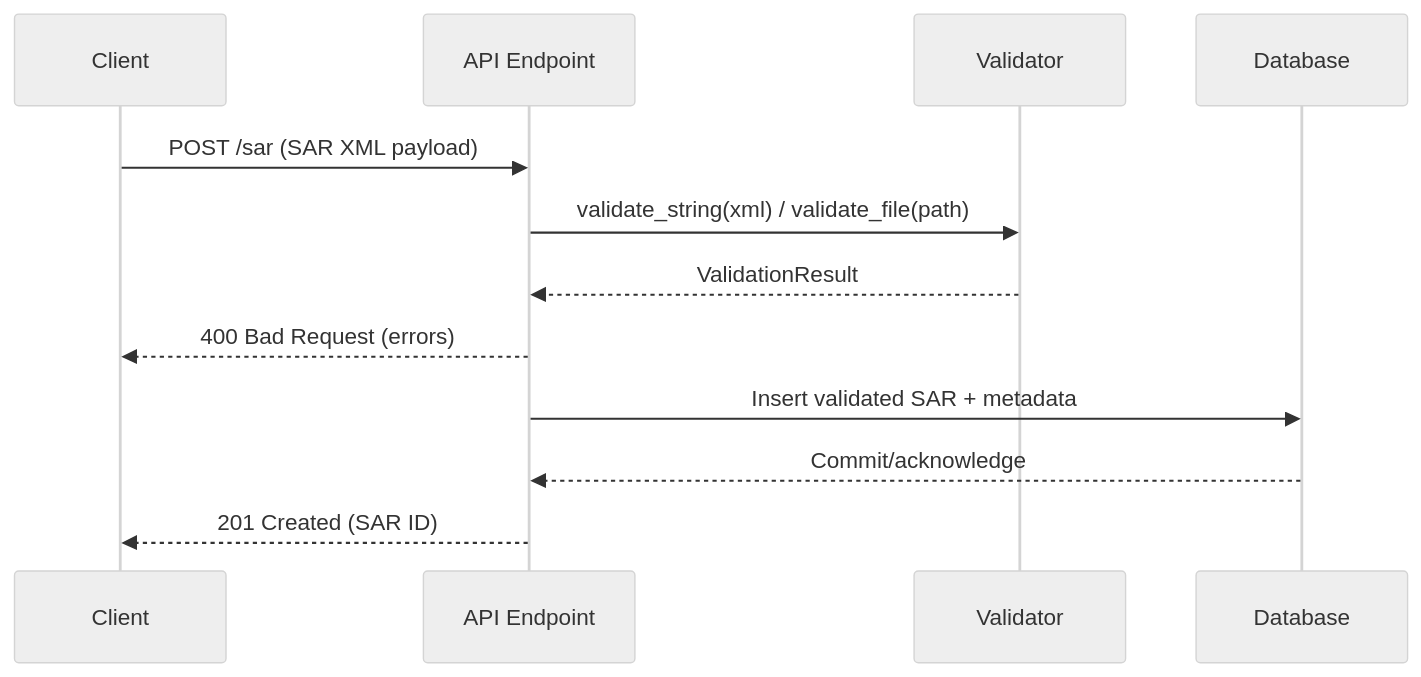
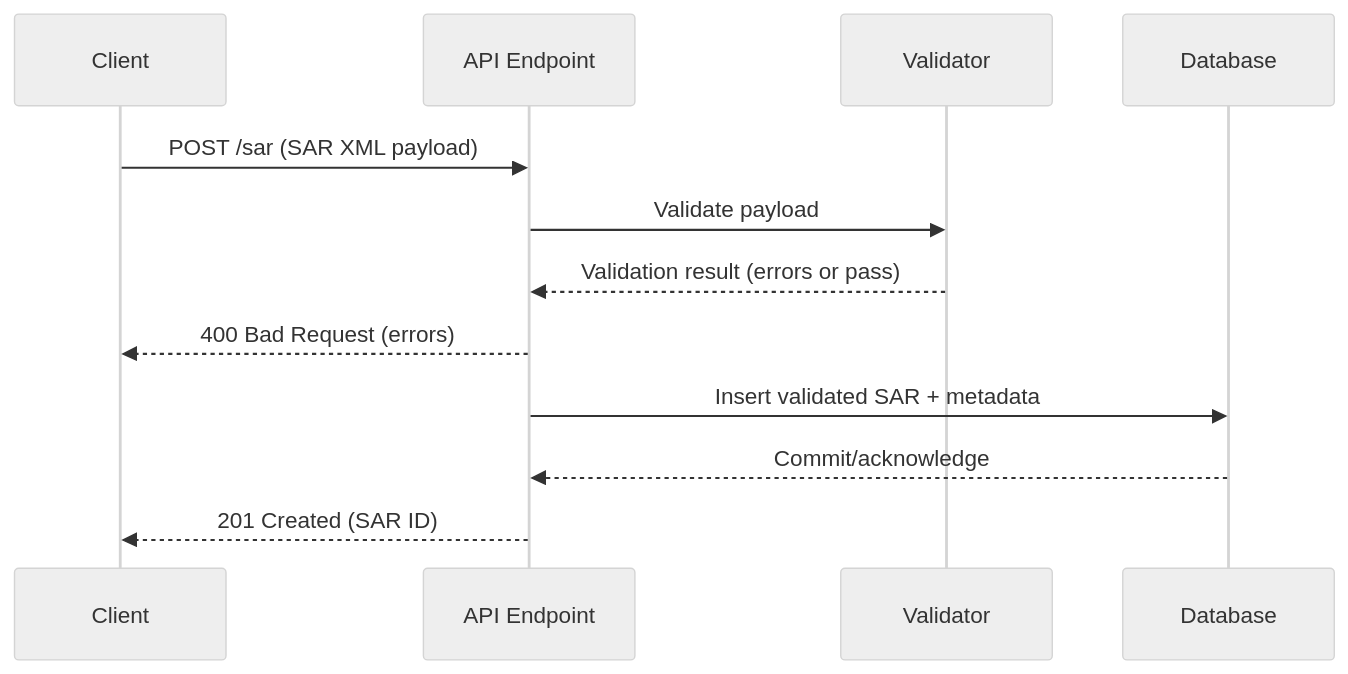
One commit to stopazus/stop-azs changed the diagram in docs/request_flow.md. Above: the diagram before and after it, drawn with Mermaid (neutral theme). The commit also changed other lines of this file and 3 other files, not shown here.

Commit message:
Remove validator and update request flow docs

````diff
--- a/docs/request_flow.md
+++ b/docs/request_flow.md
@@ -19,15 +16,15 @@
 ```mermaid
 sequenceDiagram
     participant Client
     participant API as API Endpoint
     participant Validator
     participant DB as Database
 
     Client->>API: POST /sar (SAR XML payload)
-    API->>Validator: validate_string(xml) / validate_file(path)
-    Validator-->>API: ValidationResult
+    API->>Validator: Validate payload
+    Validator-->>API: Validation result (errors or pass)
     API-->>Client: 400 Bad Request (errors)
     API->>DB: Insert validated SAR + metadata
     DB-->>API: Commit/acknowledge
     API-->>Client: 201 Created (SAR ID)
 ```
````
